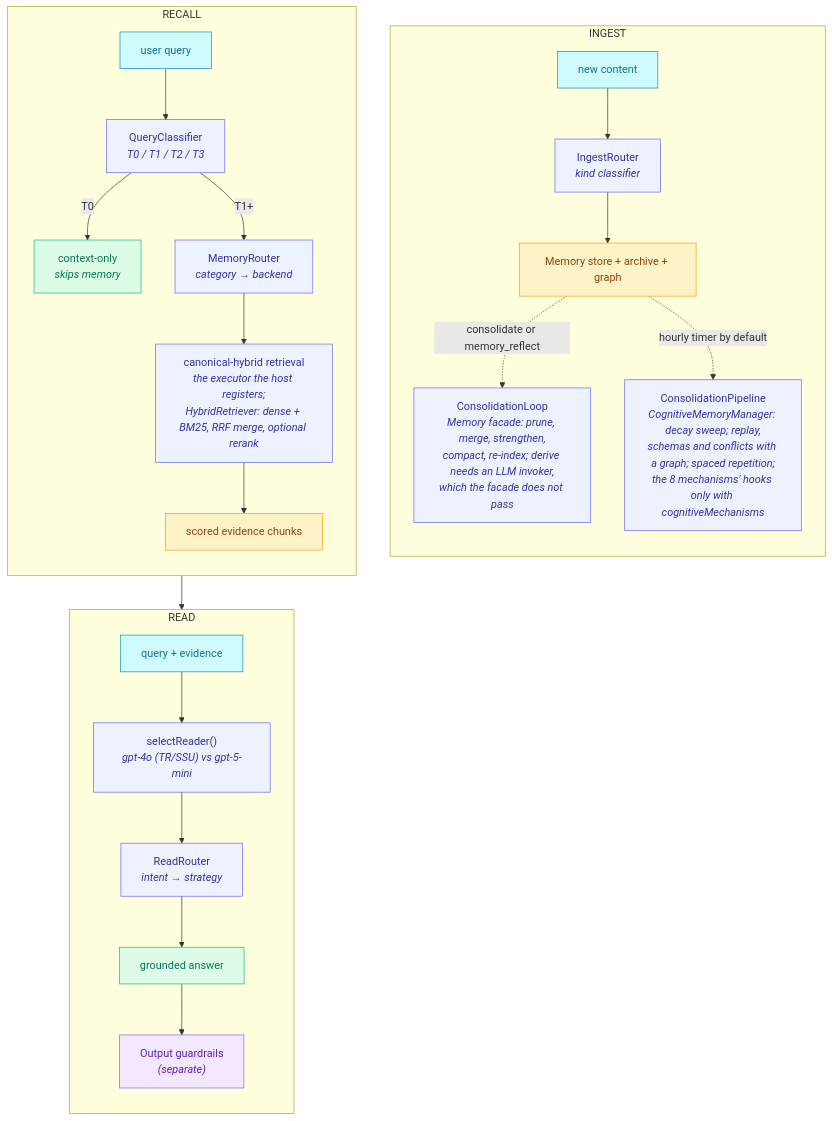
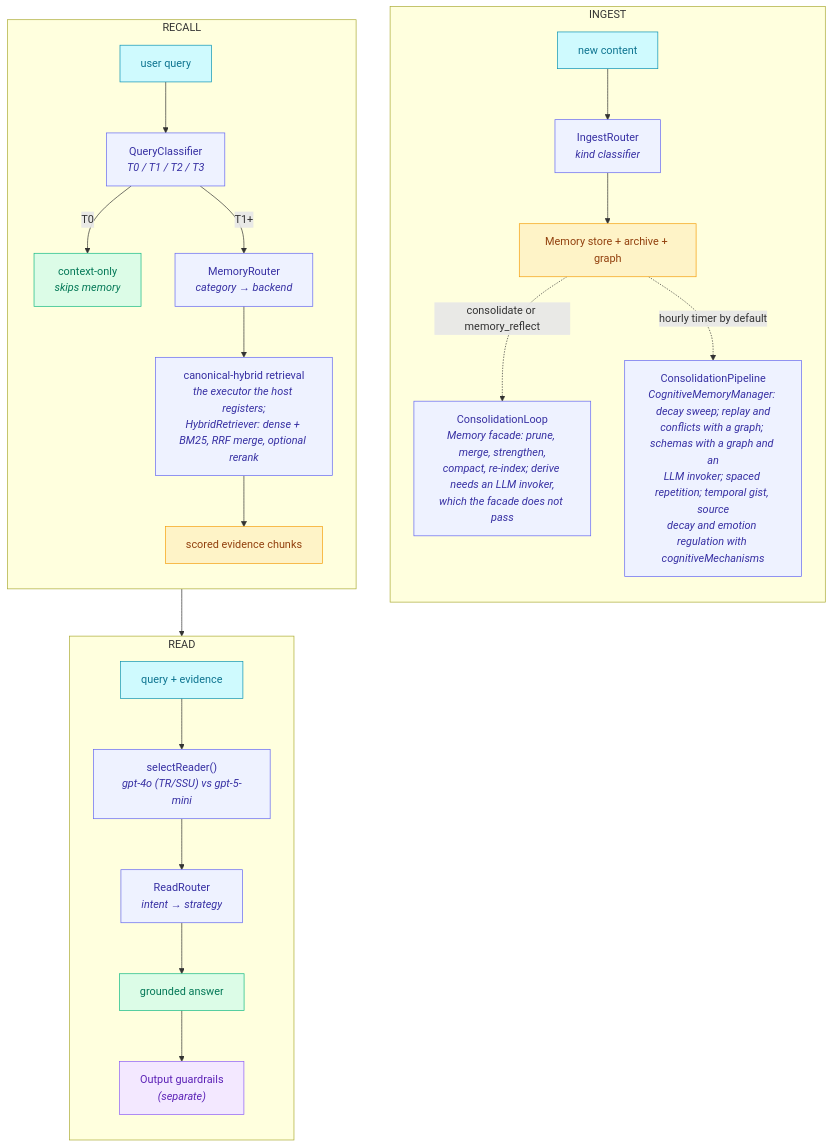
The diagram in docs/MEMORY_SYSTEM_OVERVIEW.md (framerslab/agentos), drawn with Mermaid before and after one commit. The commit also changed 5 other files, not shown here.

````diff
--- a/docs/MEMORY_SYSTEM_OVERVIEW.md
+++ b/docs/MEMORY_SYSTEM_OVERVIEW.md
@@ -181,46 +181,46 @@
 ```mermaid
 flowchart TB
     subgraph ingest["INGEST"]
         direction TB
         I1["new content"]:::input
         I2["IngestRouter<br/><i>kind classifier</i>"]:::process
         I3["Memory store + archive + graph"]:::data
         I4["ConsolidationLoop<br/><i>Memory facade: prune, merge, strengthen,<br/>compact, re-index; derive needs an LLM invoker,<br/>which the facade does not pass</i>"]:::process
-        I5["ConsolidationPipeline<br/><i>CognitiveMemoryManager: decay sweep; replay,<br/>schemas and conflicts with a graph; spaced repetition;<br/>the 8 mechanisms' hooks only with cognitiveMechanisms</i>"]:::process
+        I5["ConsolidationPipeline<br/><i>CognitiveMemoryManager: decay sweep; replay and<br/>conflicts with a graph; schemas with a graph and an<br/>LLM invoker; spaced repetition; temporal gist, source<br/>decay and emotion regulation with cognitiveMechanisms</i>"]:::process
         I1 --> I2 --> I3
         I3 -. consolidate or memory_reflect .-> I4
         I3 -. hourly timer by default .-> I5
     end
 
     subgraph recall["RECALL"]
         direction TB
         R1["user query"]:::input
         R2["QueryClassifier<br/><i>T0 / T1 / T2 / T3</i>"]:::process
         R3["context-only<br/><i>skips memory</i>"]:::output
         R4["MemoryRouter<br/><i>category → backend</i>"]:::process
         R5["canonical-hybrid retrieval<br/><i>the executor the host registers;<br/>HybridRetriever: dense + BM25, RRF merge, optional rerank</i>"]:::process
         R6["scored evidence chunks"]:::data
         R1 --> R2
         R2 -- T0 --> R3
         R2 -- T1+ --> R4
         R4 --> R5 --> R6
     end
 
     subgraph read["READ"]
         direction TB
         D1["query + evidence"]:::input
         D2["selectReader()<br/><i>gpt-4o (TR/SSU) vs gpt-5-mini</i>"]:::process
         D3["ReadRouter<br/><i>intent → strategy</i>"]:::process
         D4["grounded answer"]:::output
         D5["Output guardrails<br/><i>(separate)</i>"]:::external
         D1 --> D2 --> D3 --> D4 --> D5
     end
 
     R6 --> D1
 
     classDef input fill:#cffafe,stroke:#0891b2,color:#0e7490
     classDef process fill:#eef2ff,stroke:#6366f1,color:#3730a3
     classDef data fill:#fef3c7,stroke:#f59e0b,color:#92400e
     classDef output fill:#dcfce7,stroke:#10b981,color:#047857
     classDef external fill:#f3e8ff,stroke:#8b5cf6,color:#5b21b6
 ```
````
